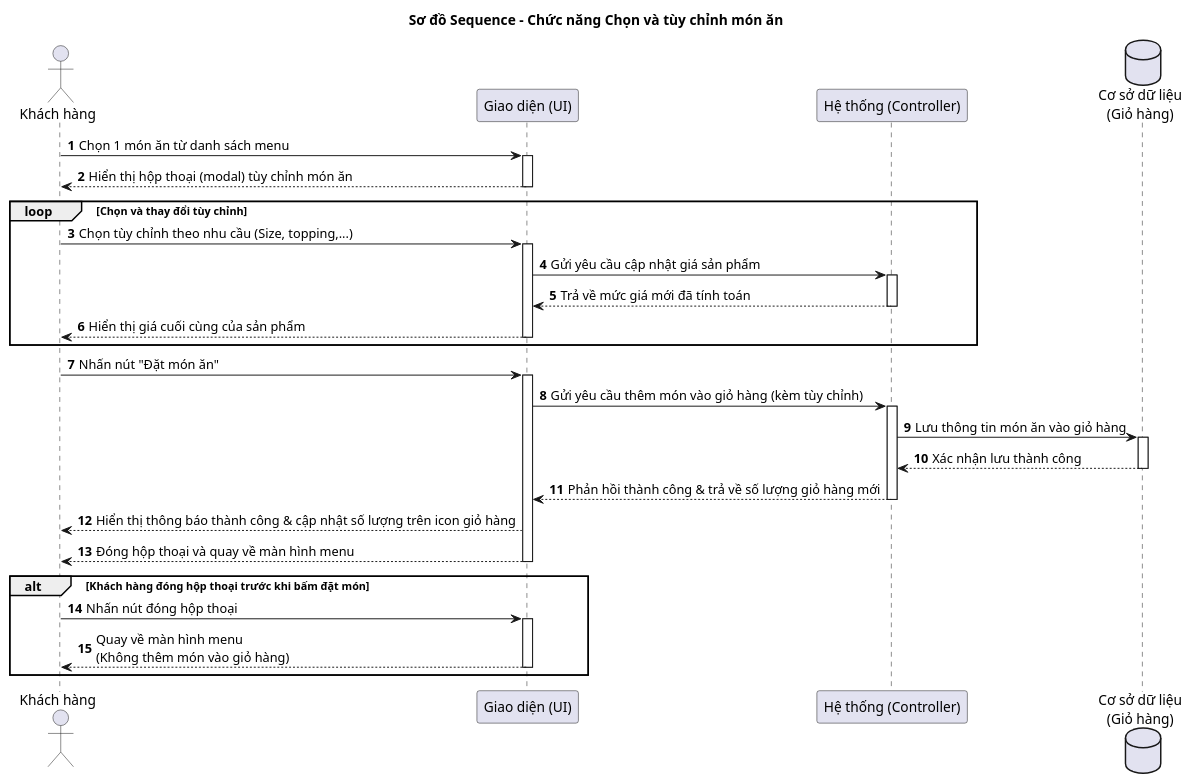
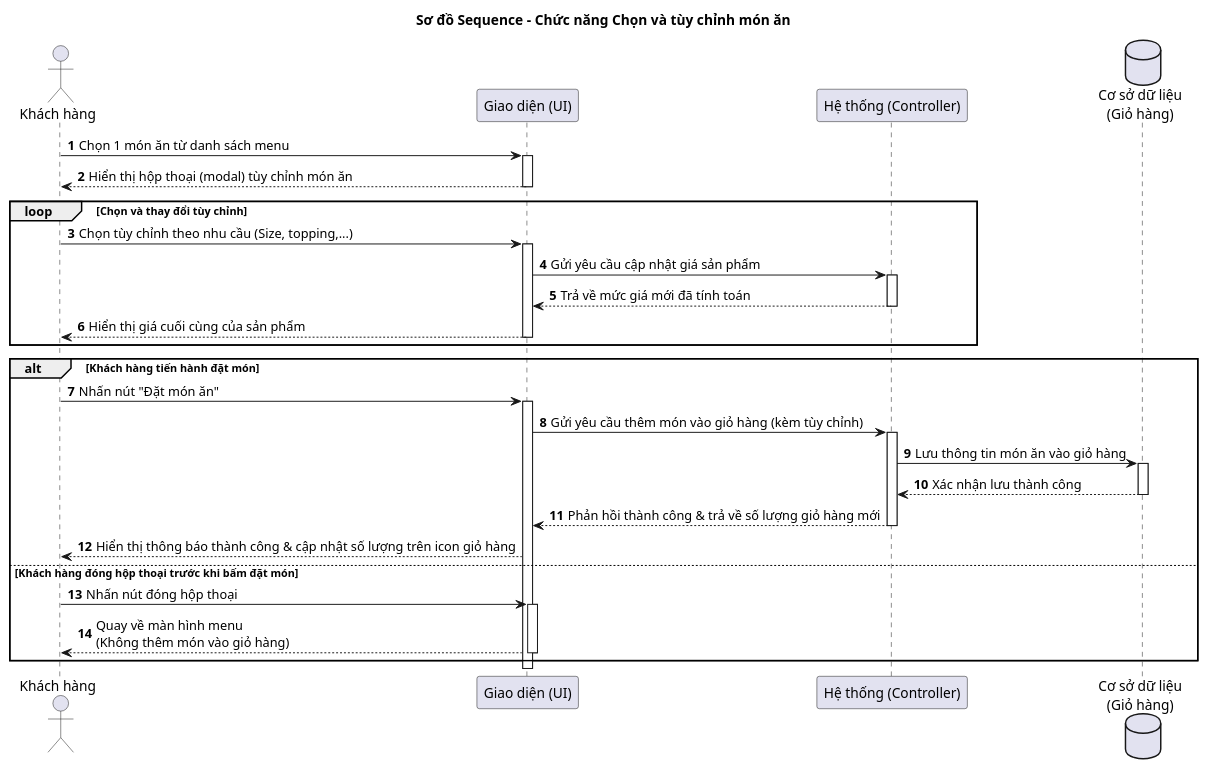
Before and after one commit to Phuc280106/BrewLite2: the diagram in docs/diagrams/product-detail/sequence-product-detail.puml, drawn with PlantUML. The commit also changed 17 other files, not shown here.

Commit message:
(docs): Cập nhật sequence-product-detail.puml và .svg để đúng theo mô tả Cập nhật traceability-matrix.md cho FR-02 feat(FR-01): Cập nhật frontend để khi hết hàng thì thẻ sản phẩm hiện trạng thái hết hàng kèm xử lý khi hết sản phẩm Cấu hình prettier cho monorepo theo đúng yêu cầu đồ án

```diff
--- a/docs/diagrams/product-detail/sequence-product-detail.puml
+++ b/docs/diagrams/product-detail/sequence-product-detail.puml
@@ -1,35 +1,37 @@
 @startuml
 title Sơ đồ Sequence - Chức năng Chọn và tùy chỉnh món ăn 
 autonumber
 
 actor "Khách hàng" as Customer
 participant "Giao diện (UI)" as UI
 participant "Hệ thống (Controller)" as System
 database "Cơ sở dữ liệu\n(Giỏ hàng)" as DB
 
 
 Customer -> UI ++: Chọn 1 món ăn từ danh sách menu
 UI --> Customer --: Hiển thị hộp thoại (modal) tùy chỉnh món ăn
 
 loop Chọn và thay đổi tùy chỉnh
     Customer -> UI ++: Chọn tùy chỉnh theo nhu cầu (Size, topping,...)
     UI -> System ++: Gửi yêu cầu cập nhật giá sản phẩm
     System --> UI --: Trả về mức giá mới đã tính toán
     UI --> Customer --: Hiển thị giá cuối cùng của sản phẩm
 end
 
+alt Khách hàng tiến hành đặt món 
+
 Customer -> UI ++: Nhấn nút "Đặt món ăn"
 UI -> System ++: Gửi yêu cầu thêm món vào giỏ hàng (kèm tùy chỉnh)
 System -> DB ++: Lưu thông tin món ăn vào giỏ hàng
 DB --> System --: Xác nhận lưu thành công
 System --> UI --: Phản hồi thành công & trả về số lượng giỏ hàng mới
 UI --> Customer: Hiển thị thông báo thành công & cập nhật số lượng trên icon giỏ hàng
-UI --> Customer --: Đóng hộp thoại và quay về màn hình menu
 
 
-alt Khách hàng đóng hộp thoại trước khi bấm đặt món
+
+else Khách hàng đóng hộp thoại trước khi bấm đặt món
     Customer -> UI ++: Nhấn nút đóng hộp thoại 
     UI --> Customer --: Quay về màn hình menu\n(Không thêm món vào giỏ hàng)
 end
 
 @enduml
```
